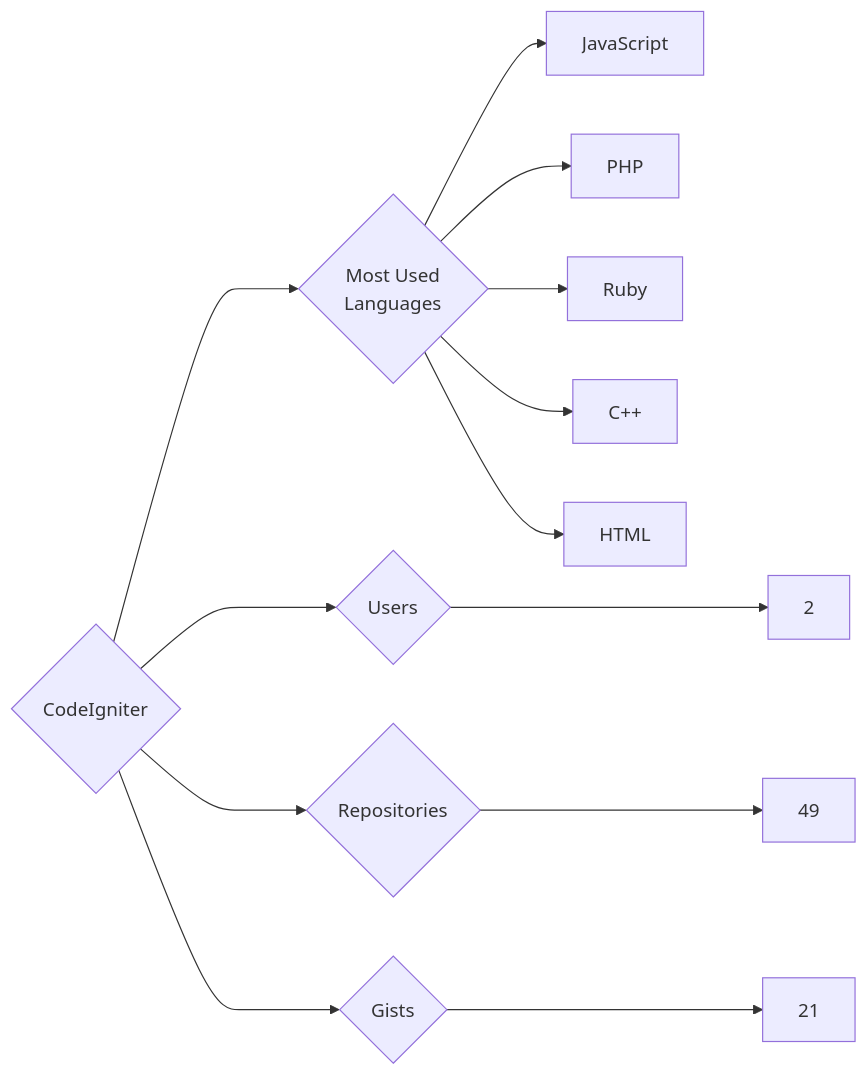
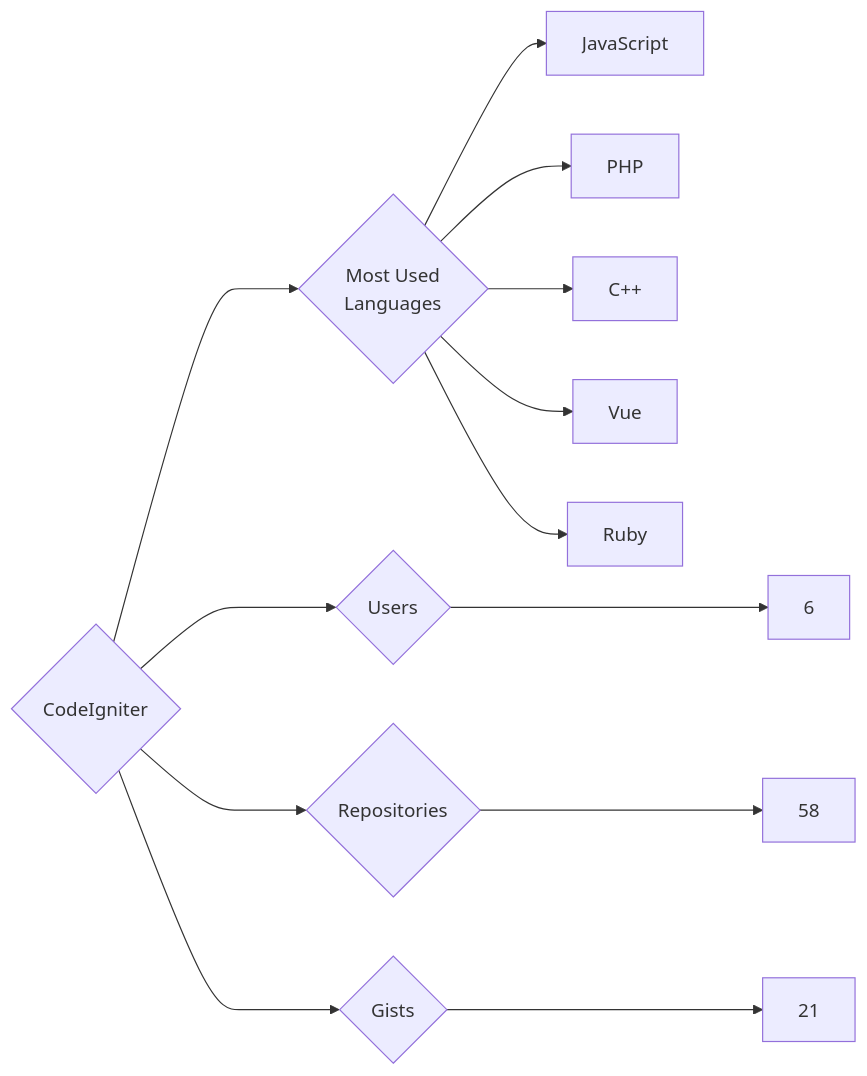
One commit to trickest/insiders changed the diagram in targets/CodeIgniter/README.md. Above: the diagram before and after it, drawn with Mermaid. The commit also changed 891 other files, not shown here.

````diff
--- a/targets/CodeIgniter/README.md
+++ b/targets/CodeIgniter/README.md
@@ -3,13 +3,13 @@
 ```mermaid
 graph LR
 COMPANY_NAME{CodeIgniter}
-COMPANY_NAME ---> U{Users} ---> UN[2]
-COMPANY_NAME ---> R{Repositories} ---> RN[49]
+COMPANY_NAME ---> U{Users} ---> UN[6]
+COMPANY_NAME ---> R{Repositories} ---> RN[58]
 COMPANY_NAME ---> G{Gists} ---> GN[21]
 COMPANY_NAME ---> ML{Most Used<br>Languages}
 ML --> JavaScript[JavaScript]
 ML --> PHP[PHP]
+ML --> C++[C++]
+ML --> Vue[Vue]
 ML --> Ruby[Ruby]
-ML --> C++[C++]
-ML --> HTML[HTML]
 ```
````
